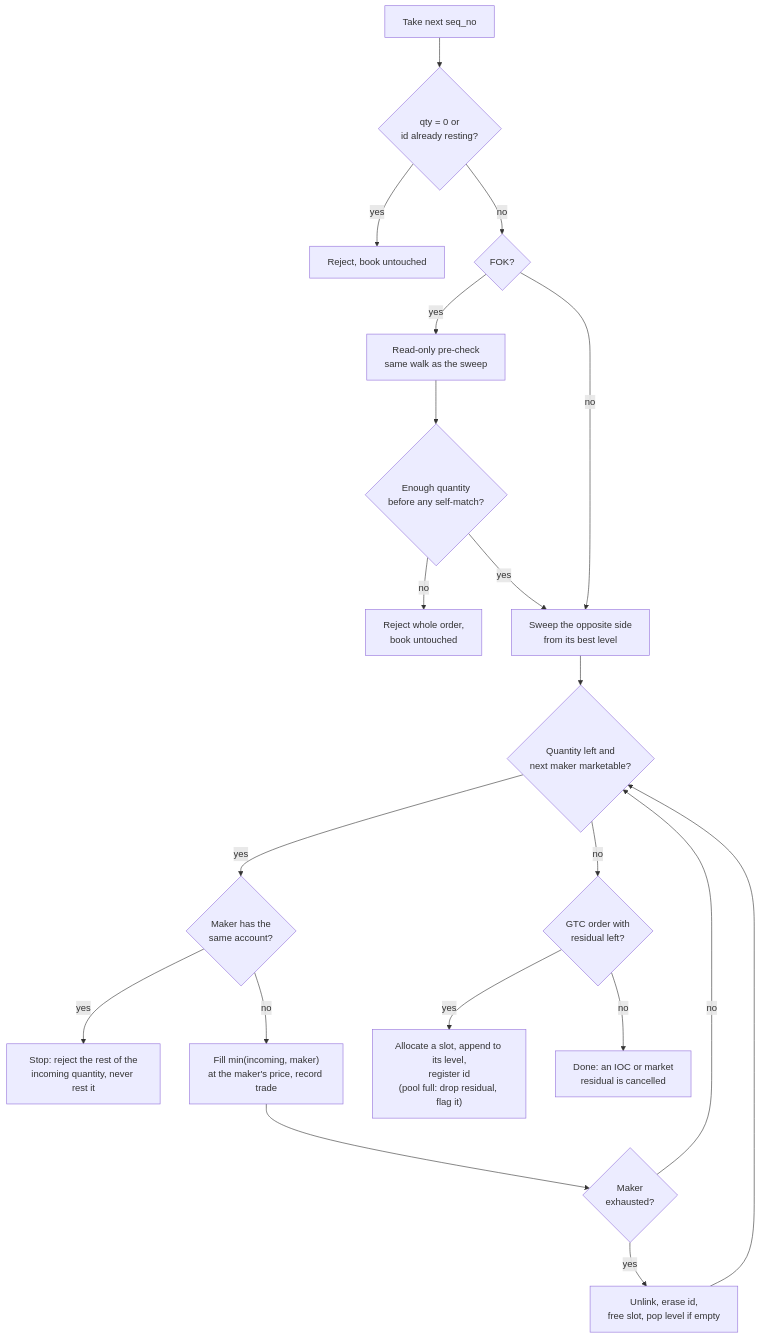
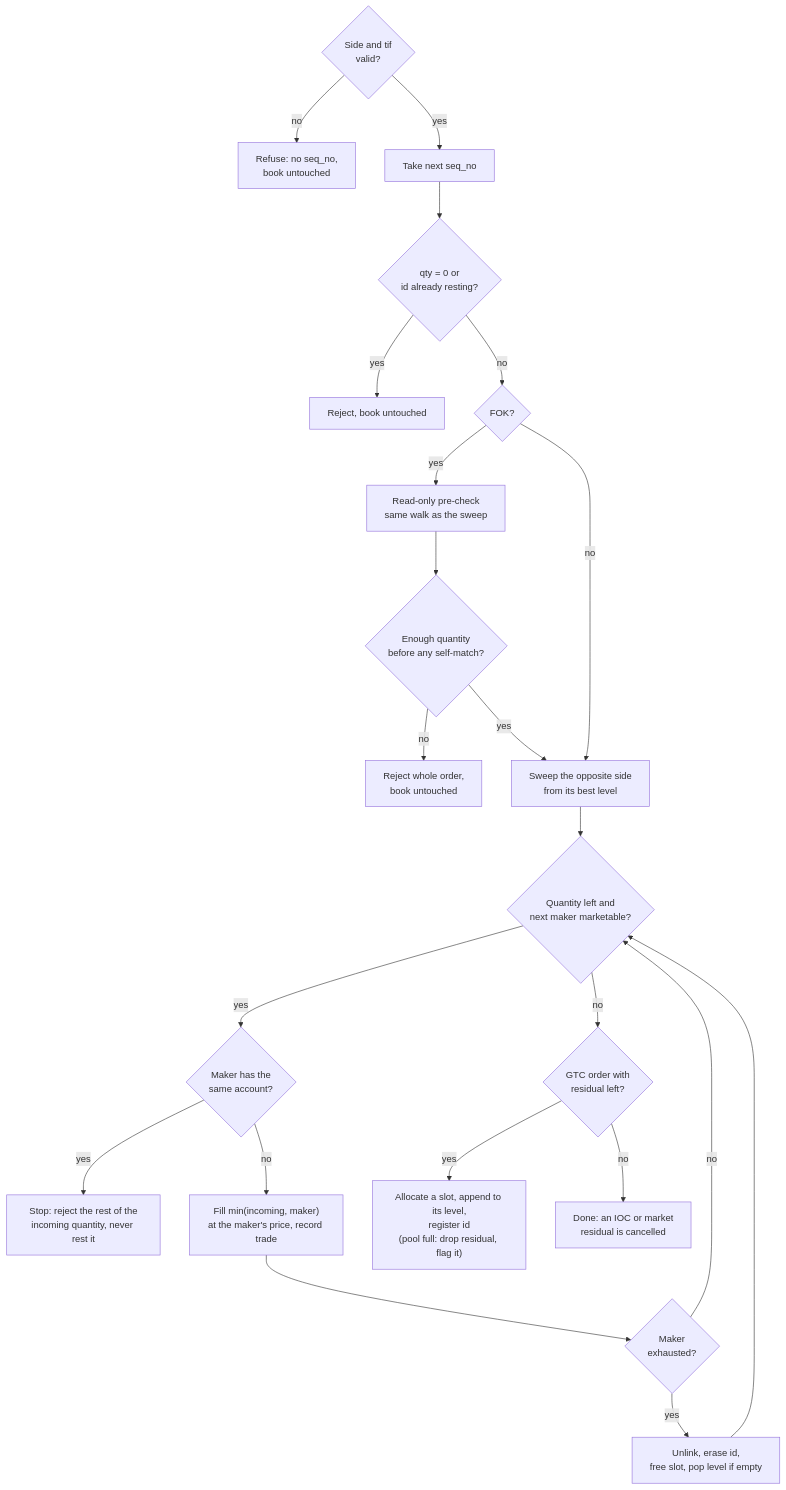
Before and after one commit to akshatsinghrajawat/limit-order-matching-engine: the second of 4 diagrams in README.md, drawn with Mermaid. The commit also changed other lines of this file and 31 other files, not shown here.

````diff
--- a/README.md
+++ b/README.md
@@ -214,23 +237,25 @@
 ```mermaid
 flowchart TD
-    A["Take next seq_no"] --> B{"qty = 0 or<br/>id already resting?"}
+    V{"Side and tif<br/>valid?"} -- no --> R0["Refuse: no seq_no,<br/>book untouched"]
+    V -- yes --> A["Take next seq_no"]
+    A --> B{"qty = 0 or<br/>id already resting?"}
     B -- yes --> R["Reject, book untouched"]
     B -- no --> C{"FOK?"}
     C -- yes --> D["Read-only pre-check<br/>same walk as the sweep"]
     D --> E{"Enough quantity<br/>before any self-match?"}
     E -- no --> R2["Reject whole order,<br/>book untouched"]
     E -- yes --> F
     C -- no --> F["Sweep the opposite side<br/>from its best level"]
     F --> G{"Quantity left and<br/>next maker marketable?"}
     G -- no --> K
     G -- yes --> H{"Maker has the<br/>same account?"}
     H -- yes --> S["Stop: reject the rest of the<br/>incoming quantity, never rest it"]
     H -- no --> I["Fill min(incoming, maker)<br/>at the maker's price, record trade"]
     I --> J{"Maker<br/>exhausted?"}
     J -- yes --> J2["Unlink, erase id,<br/>free slot, pop level if empty"]
     J -- no --> G
     J2 --> G
     K{"GTC order with<br/>residual left?"}
     K -- yes --> L["Allocate a slot, append to its level,<br/>register id<br/>(pool full: drop residual, flag it)"]
     K -- no --> M["Done: an IOC or market<br/>residual is cancelled"]
 ```
````
